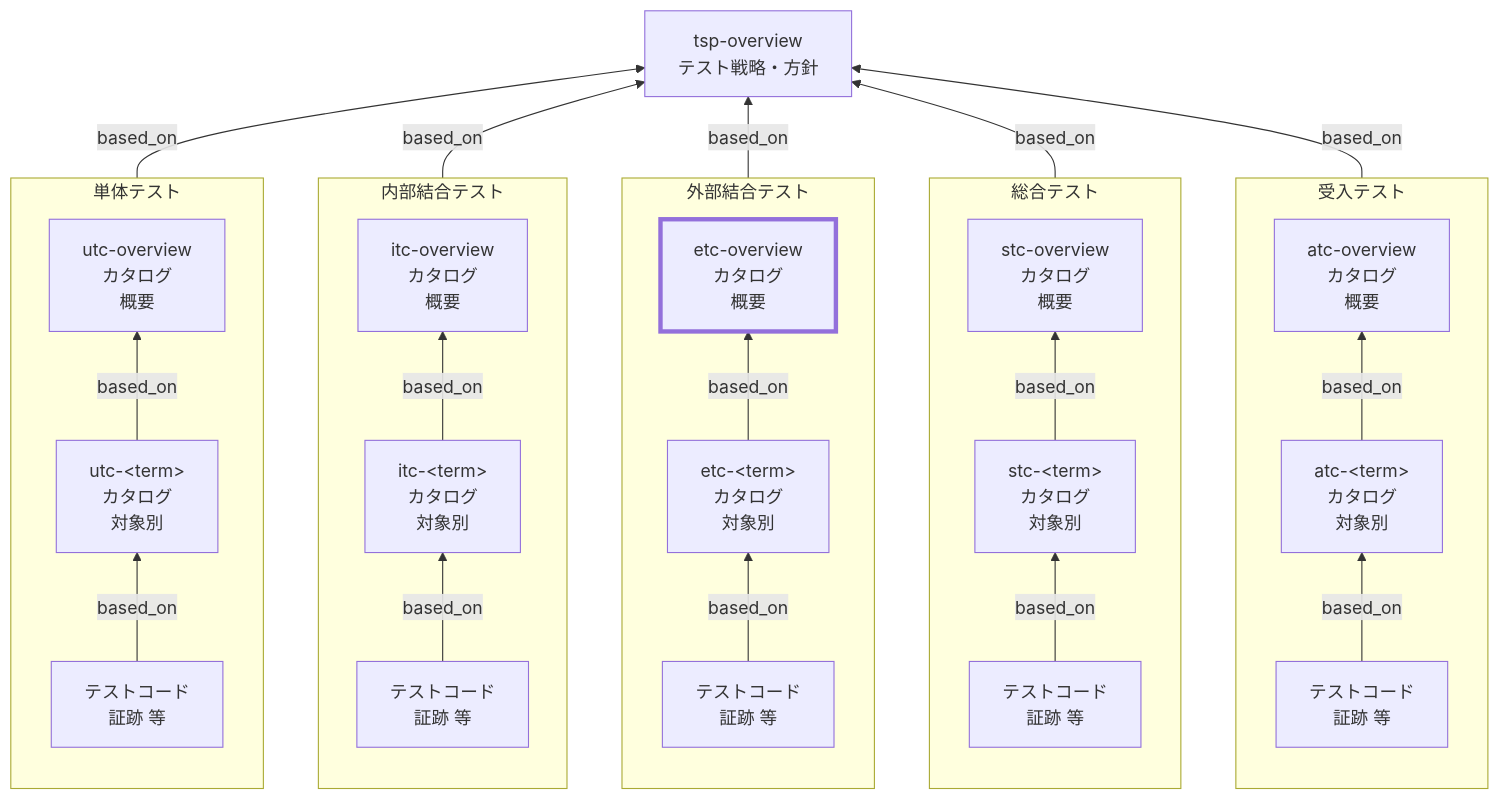
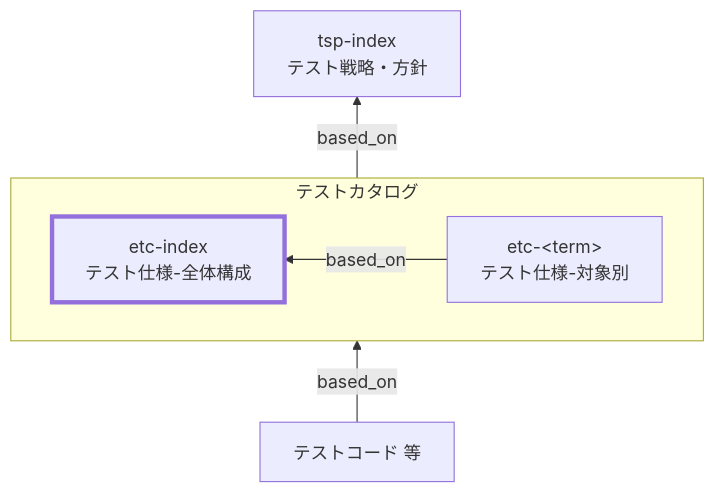
One commit to specdojo/spec-dojo-handbook changed the diagram in docs/ja/handbook/rules/etc-index-rules.md. Above: the diagram before and after it, drawn with Mermaid. The commit also changed other lines of this file and 5 other files, not shown here.

Commit message:
docs(update): 図とoverview->indexの変更

````diff
--- a/docs/ja/handbook/rules/etc-index-rules.md
+++ b/docs/ja/handbook/rules/etc-index-rules.md
@@ -32,53 +32,20 @@
 ```mermaid
 flowchart BT
-  TSP["tsp-overview<br>テスト戦略・方針"]
+  TSP["tsp-index<br>テスト戦略・方針"]
 
-  subgraph UT["単体テスト"]
-  direction BT
-    UTCOverview["utc-overview<br>カタログ<br>概要"]
-    UTC["utc-&lt;term&gt;<br>カタログ<br>対象別"]
-    UTImpl["テストコード<br>証跡 等"]
-    UTImpl -->|based_on| UTC -->|based_on| UTCOverview
+  subgraph TC["テストカタログ"]
+  direction RL
+    TCIndex["etc-index<br>テスト仕様-全体構成"]
+    TCDetail["etc-&lt;term&gt;<br>テスト仕様-対象別"]
+    TCDetail -->|based_on| TCIndex
   end
 
-  subgraph IT["内部結合テスト"]
-  direction BT
-    ITCOverview["itc-overview<br>カタログ<br>概要"]
-    ITC["itc-&lt;term&gt;<br>カタログ<br>対象別"]
-    ITImpl["テストコード<br>証跡 等"]
-    ITImpl -->|based_on| ITC -->|based_on| ITCOverview
-  end
+  Code["テストコード 等"]
 
-  subgraph ET["外部結合テスト"]
-  direction BT
-    ETCOverview["etc-overview<br>カタログ<br>概要"]
-    ETC["etc-&lt;term&gt;<br>カタログ<br>対象別"]
-    ETImpl["テストコード<br>証跡 等"]
-    ETImpl -->|based_on| ETC -->|based_on| ETCOverview
-  end
+  TC -->|based_on| TSP
+  Code -->|based_on| TC
 
-  subgraph ST["総合テスト"]
-  direction BT
-    STOverview["stc-overview<br>カタログ<br>概要"]
-    STC["stc-&lt;term&gt;<br>カタログ<br>対象別"]
-    STImpl["テストコード<br>証跡 等"]
-    STImpl -->|based_on| STC -->|based_on| STOverview
-  end
-
-  subgraph AT["受入テスト"]
-  direction BT
-    ATOverview["atc-overview<br>カタログ<br>概要"]
-    ATC["atc-&lt;term&gt;<br>カタログ<br>対象別"]
-    ATImpl["テストコード<br>証跡 等"]
-    ATImpl -->|based_on| ATC -->|based_on| ATOverview
-  end
-
-  UT -->|based_on| TSP
-  IT -->|based_on| TSP
-  ET -->|based_on| TSP
-  ST -->|based_on| TSP
-  AT -->|based_on| TSP
 
   classDef target stroke-width:4px
-  class ETCOverview target
+  class TCIndex target
 ```
````
